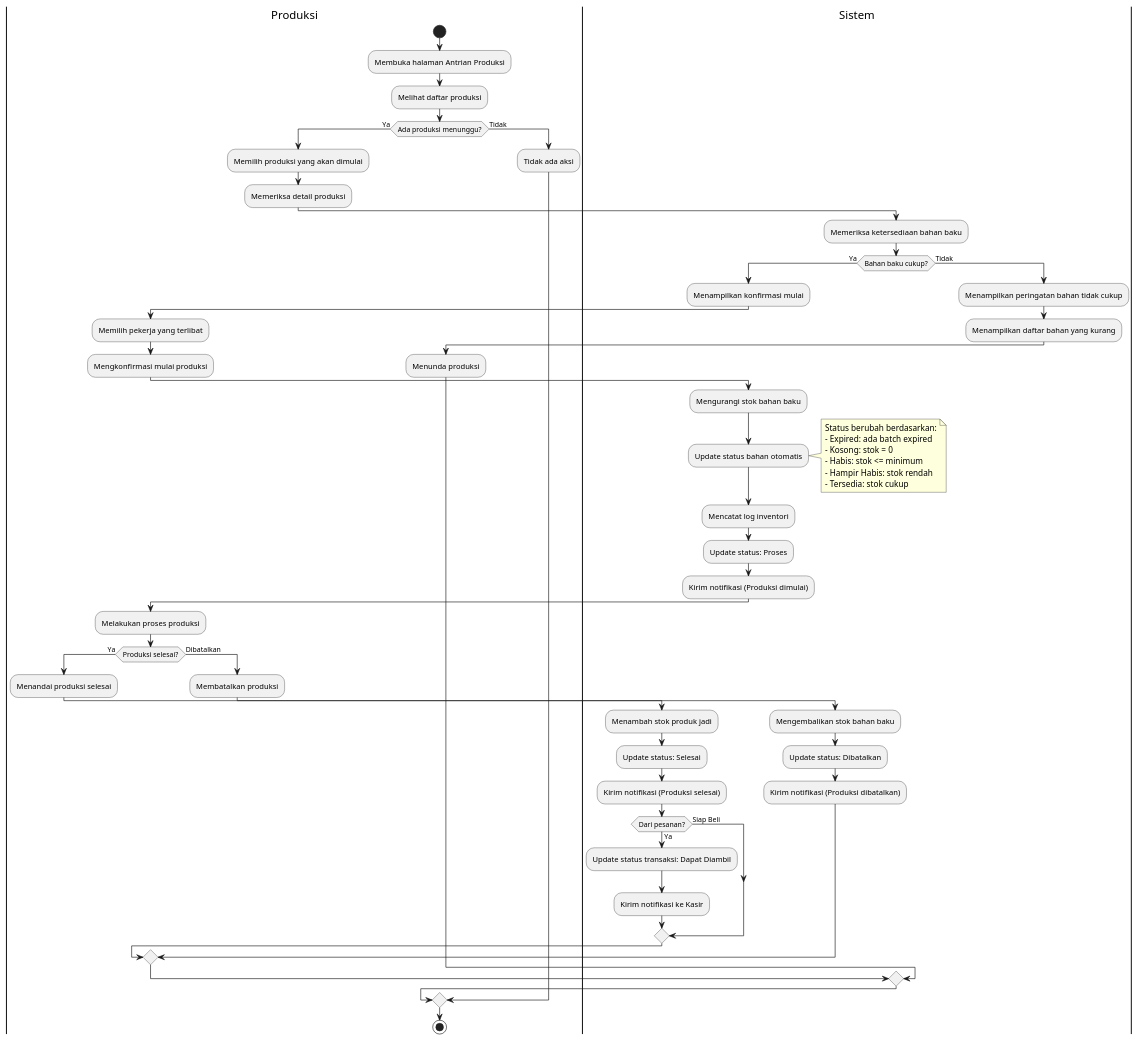
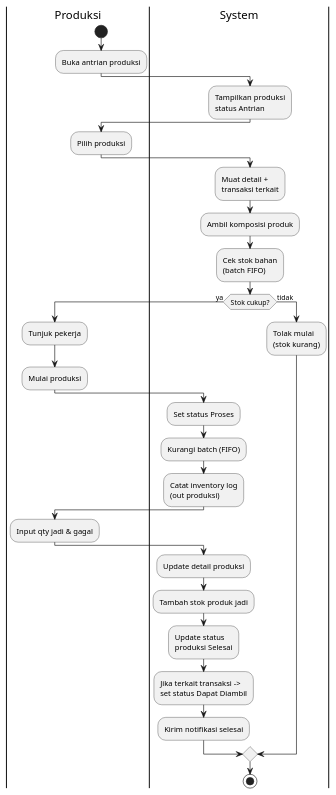
One commit to pawon3d/pawon3d changed the diagram in docs/diagrams/puml/02_activity_produksi.puml. Above: the diagram before and after it, drawn with PlantUML. The commit also changed 155 other files, not shown here.

```diff
--- a/docs/diagrams/puml/02_activity_produksi.puml
+++ b/docs/diagrams/puml/02_activity_produksi.puml
@@ -1,79 +1,44 @@
-@startuml Activity Diagram - Proses Produksi
+@startuml Activity - Produksi (Pesanan/Siap Beli)
 
 |Produksi|
 start
-:Membuka halaman Antrian Produksi;
-:Melihat daftar produksi;
+:Buka antrian produksi;
 
-if (Ada produksi menunggu?) then (Ya)
-    :Memilih produksi yang akan dimulai;
-    :Memeriksa detail produksi;
+|System|
+:Tampilkan produksi\nstatus Antrian;
+
+|Produksi|
+:Pilih produksi;
+
+|System|
+:Muat detail +\ntransaksi terkait;
+:Ambil komposisi produk;
+:Cek stok bahan\n(batch FIFO);
+
+if (Stok cukup?) then (ya)
+    |Produksi|
+    :Tunjuk pekerja;
+    :Mulai produksi;
     
-    |Sistem|
-    :Memeriksa ketersediaan bahan baku;
+    |System|
+    :Set status Proses;
+    :Kurangi batch (FIFO);
+    :Catat inventory log\n(out produksi);
     
-    if (Bahan baku cukup?) then (Ya)
-        :Menampilkan konfirmasi mulai;
-        
-        |Produksi|
-        :Memilih pekerja yang terlibat;
-        :Mengkonfirmasi mulai produksi;
-        
-        |Sistem|
-        :Mengurangi stok bahan baku;
-        :Update status bahan otomatis;
-        note right
-          Status berubah berdasarkan:
-          - Expired: ada batch expired
-          - Kosong: stok = 0
-          - Habis: stok <= minimum
-          - Hampir Habis: stok rendah
-          - Tersedia: stok cukup
-        end note
-        :Mencatat log inventori;
-        :Update status: Proses;
-        :Kirim notifikasi (Produksi dimulai);
-        
-        |Produksi|
-        :Melakukan proses produksi;
-        
-        if (Produksi selesai?) then (Ya)
-            :Menandai produksi selesai;
-            
-            |Sistem|
-            :Menambah stok produk jadi;
-            :Update status: Selesai;
-            :Kirim notifikasi (Produksi selesai);
-            
-            if (Dari pesanan?) then (Ya)
-                :Update status transaksi: Dapat Diambil;
-                :Kirim notifikasi ke Kasir;
-            else (Siap Beli)
-            endif
-            
-        else (Dibatalkan)
-            |Produksi|
-            :Membatalkan produksi;
-            
-            |Sistem|
-            :Mengembalikan stok bahan baku;
-            :Update status: Dibatalkan;
-            :Kirim notifikasi (Produksi dibatalkan);
-        endif
-        
-    else (Tidak)
-        |Sistem|
-        :Menampilkan peringatan bahan tidak cukup;
-        :Menampilkan daftar bahan yang kurang;
-        
-        |Produksi|
-        :Menunda produksi;
-    endif
+    |Produksi|
+    :Input qty jadi & gagal;
     
-else (Tidak)
-    :Tidak ada aksi;
+    |System|
+    :Update detail produksi;
+    :Tambah stok produk jadi;
+    :Update status\nproduksi Selesai;
+    :Jika terkait transaksi ->\nset status Dapat Diambil;
+    :Kirim notifikasi selesai;
+else (tidak)
+    |System|
+    :Tolak mulai\n(stok kurang);
 endif
 
 stop
 
 @enduml
```
